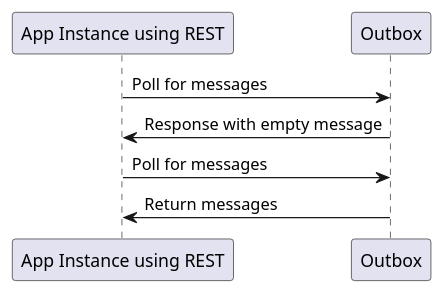
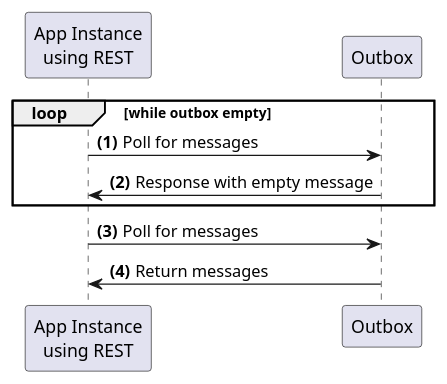
The second of 3 diagrams in modules/ROOT/pages/communication.adoc (DKE-Data/agrirouter-interface-documentation), drawn with PlantUML before and after one commit. The commit also changed other lines of this file and 2 other files, not shown here.

Commit message:
more graphics

```diff
--- a/modules/ROOT/pages/communication.adoc
+++ b/modules/ROOT/pages/communication.adoc
@@ -100,10 +101,14 @@
 [plantuml,http_outbox,svg]
 ----
-participant "App Instance using REST" as app
+autonumber "<b>(0)</b>"
+
+participant "App Instance\nusing REST" as app
 participant "Outbox" as outbox
 
-app -> outbox : Poll for messages
-outbox -> app : Response with empty message
+loop while outbox empty
+    app -> outbox : Poll for messages
+    outbox -> app : Response with empty message
+end
 app -> outbox : Poll for messages
 outbox -> app : Return messages
 ----
```
